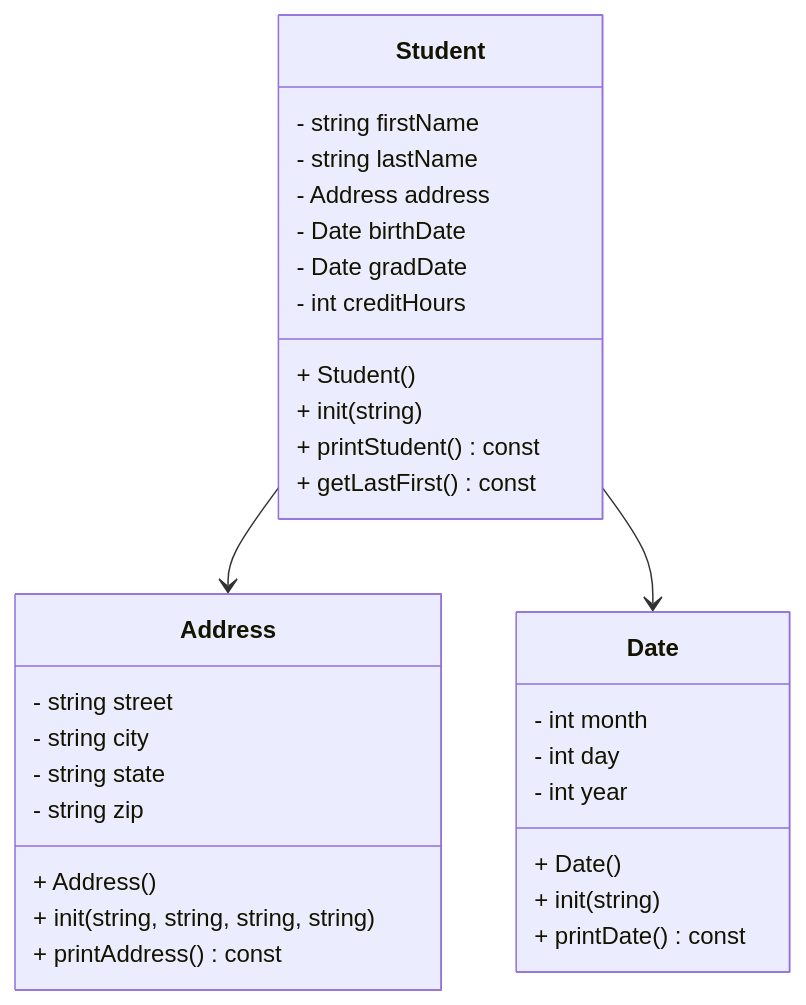
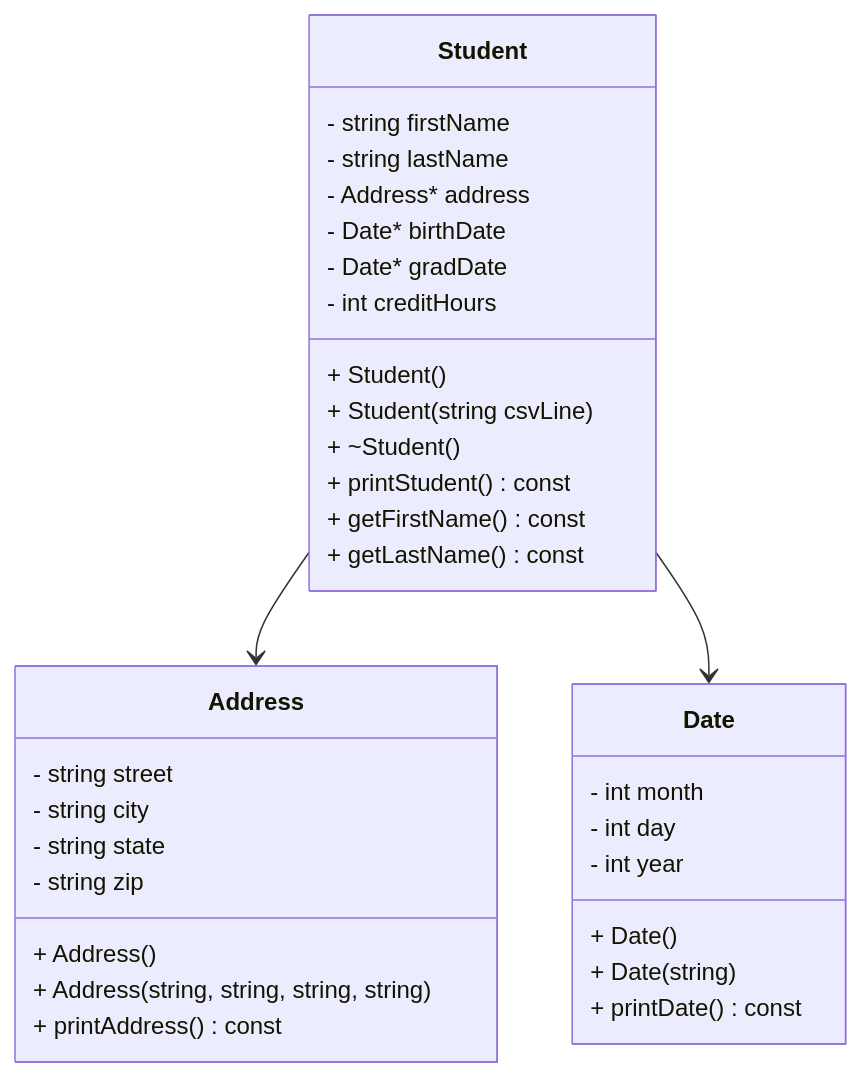
The diagram in README.md (EWMP07/CS121_Heap_of_Students), drawn with Mermaid before and after one commit. The commit also changed other lines of this file and 7 other files, not shown here.

````diff
--- a/README.md
+++ b/README.md
@@ -4,38 +4,40 @@
 ```mermaid
 classDiagram
 
 class Date {
     - int month
     - int day
     - int year
     + Date()
-    + init(string)
+    + Date(string)
     + printDate() const
 }
 
 class Address {
     - string street
     - string city
     - string state
     - string zip
     + Address()
-    + init(string, string, string, string)
+    + Address(string, string, string, string)
     + printAddress() const
 }
 
 class Student {
     - string firstName
     - string lastName
-    - Address address
-    - Date birthDate
-    - Date gradDate
+    - Address* address
+    - Date* birthDate
+    - Date* gradDate
     - int creditHours
     + Student()
-    + init(string)
+    + Student(string csvLine)
+    + ~Student()
     + printStudent() const
-    + getLastFirst() const
+    + getFirstName() const
+    + getLastName() const
 }
 
 Student --> Address
 Student --> Date
 ```
````
